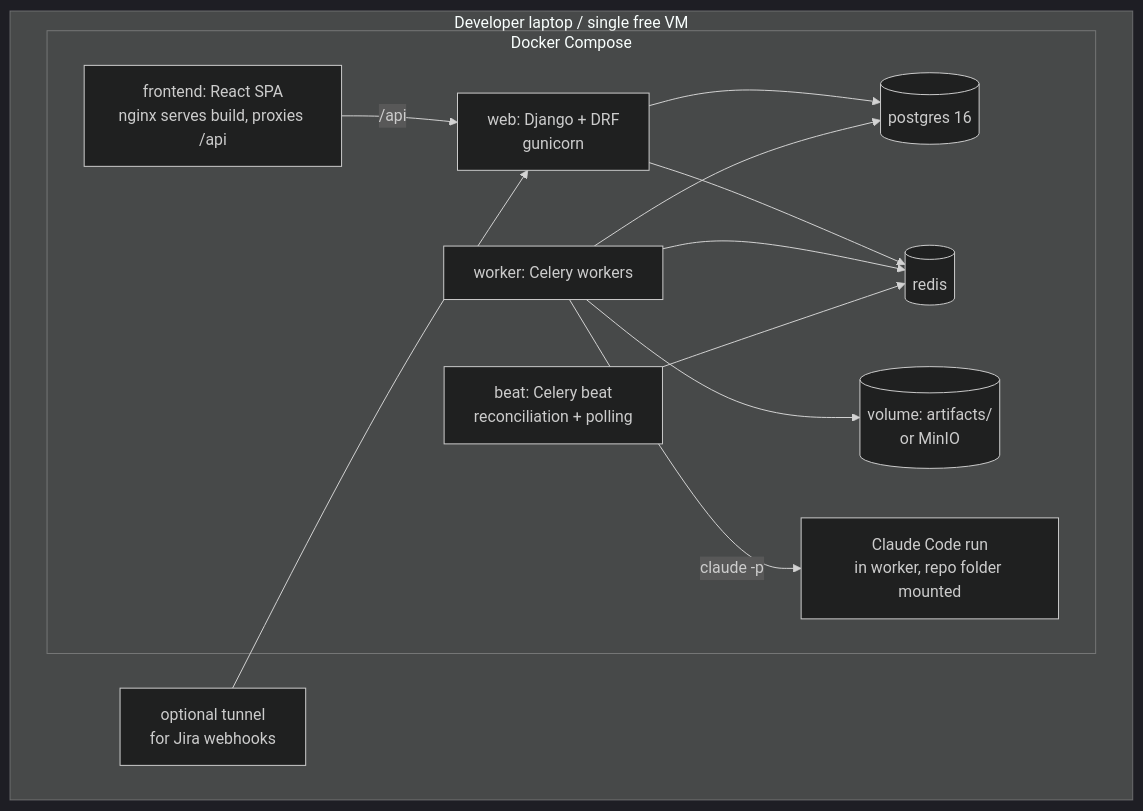
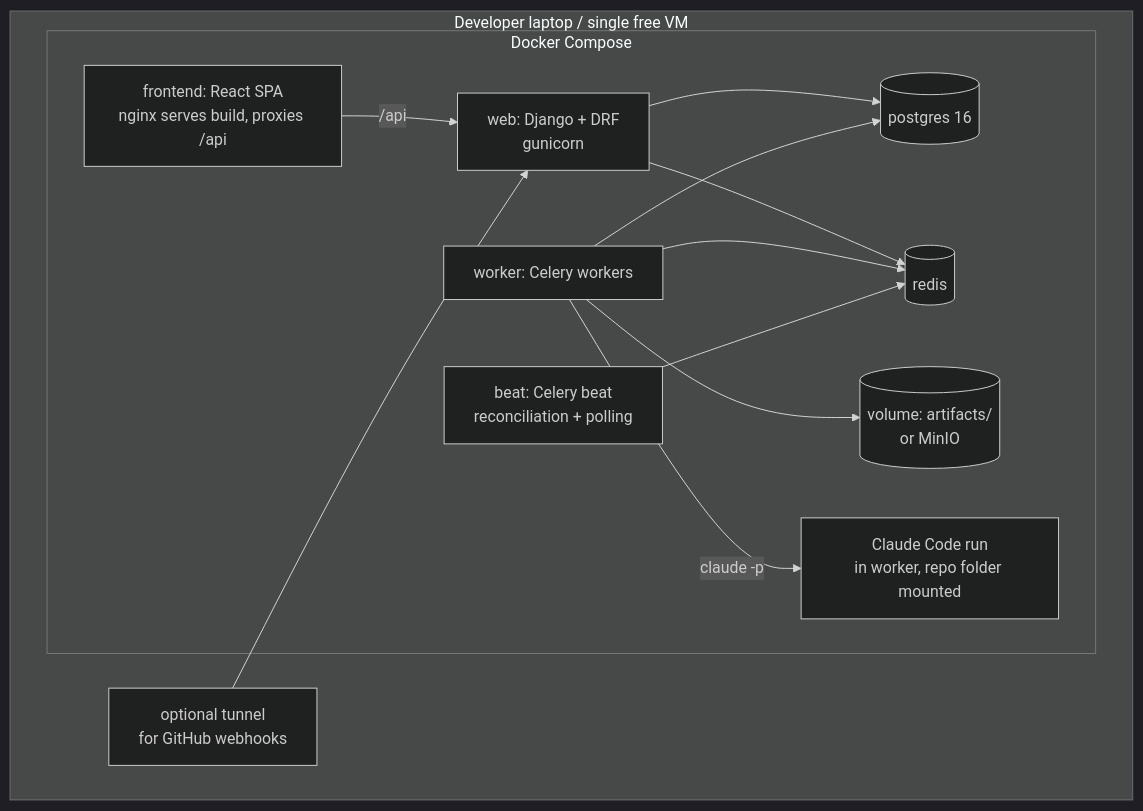
The second of 5 diagrams in docs/architecture/task_trace_automator_architecture.md (yasmin-poc-works/tasktraceautomator), drawn with Mermaid (dark theme) before and after one commit. The commit also changed other lines of this file and 13 other files, not shown here.

Commit message:
Updated the architecture.

````diff
--- a/docs/architecture/task_trace_automator_architecture.md
+++ b/docs/architecture/task_trace_automator_architecture.md
@@ -59,26 +59,26 @@
 ```mermaid
 flowchart TB
     subgraph Host[Developer laptop / single free VM]
         subgraph Compose[Docker Compose]
             FE[frontend: React SPA<br/>nginx serves build, proxies /api]
             WEB[web: Django + DRF<br/>gunicorn]
             WORKER[worker: Celery workers]
             BEAT[beat: Celery beat<br/>reconciliation + polling]
             PG[(postgres 16)]
             REDIS[(redis)]
             FILES[(volume: artifacts/ <br/>or MinIO)]
             RUNNER[Claude Code run<br/>in worker, repo folder mounted]
         end
-        TUN[optional tunnel<br/>for Jira webhooks]
+        TUN[optional tunnel<br/>for GitHub webhooks]
     end
 
     FE -->|/api| WEB
     TUN --> WEB
     WEB --> PG
     WEB --> REDIS
     WORKER --> PG
     WORKER --> REDIS
     WORKER --> FILES
     WORKER -->|claude -p| RUNNER
     BEAT --> REDIS
 ```
````
